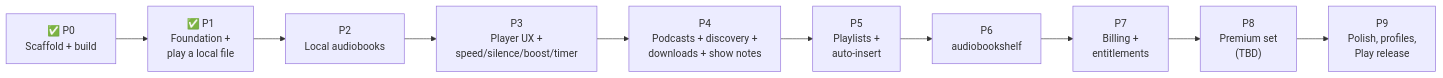
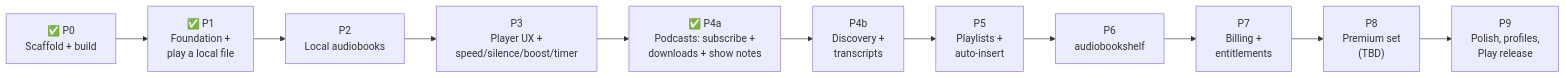
The seventh of 7 diagrams in docs/architecture.md (ricetim/orator), drawn with Mermaid before and after one commit. The commit also changed other lines of this file and 1 other file, not shown here.

Commit message:
docs: tick executed P4a plan, record deviations, split roadmap into 4a/4b

````diff
--- a/docs/architecture.md
+++ b/docs/architecture.md
@@ -616,12 +616,13 @@
 ```mermaid
 flowchart LR
     P0["✅ P0<br/>Scaffold + build"] --> P1["✅ P1<br/>Foundation +<br/>play a local file"]
     P1 --> P2["P2<br/>Local audiobooks"]
     P2 --> P3["P3<br/>Player UX +<br/>speed/silence/boost/timer"]
-    P3 --> P4["P4<br/>Podcasts + discovery +<br/>downloads + show notes"]
-    P4 --> P5["P5<br/>Playlists +<br/>auto-insert"]
+    P3 --> P4A["✅ P4a<br/>Podcasts: subscribe +<br/>downloads + show notes"]
+    P4A --> P4B["P4b<br/>Discovery +<br/>transcripts"]
+    P4B --> P5["P5<br/>Playlists +<br/>auto-insert"]
     P5 --> P6["P6<br/>audiobookshelf"]
     P6 --> P7["P7<br/>Billing +<br/>entitlements"]
     P7 --> P8["P8<br/>Premium set<br/>(TBD)"]
     P8 --> P9["P9<br/>Polish, profiles,<br/>Play release"]
 ```
````
